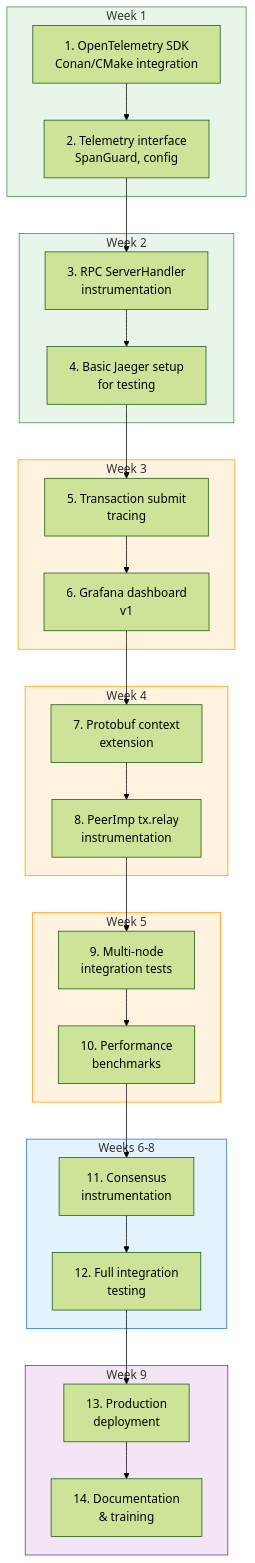
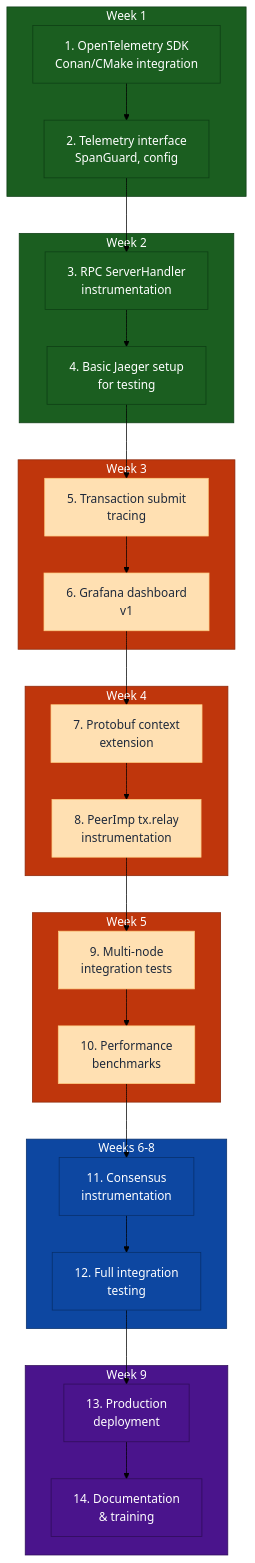
The sixth of 6 diagrams in OpenTelemetryPlan/06-implementation-phases.md (XRPL-Node/rippled), drawn with Mermaid (forest theme) before and after one commit. The commit also changed other lines of this file and 8 other files, not shown here.

````diff
--- a/OpenTelemetryPlan/06-implementation-phases.md
+++ b/OpenTelemetryPlan/06-implementation-phases.md
@@ -451,52 +468,66 @@
 ```mermaid
 flowchart TB
     subgraph week1["Week 1"]
         t1[1. OpenTelemetry SDK<br/>Conan/CMake integration]
         t2[2. Telemetry interface<br/>SpanGuard, config]
     end
 
     subgraph week2["Week 2"]
         t3[3. RPC ServerHandler<br/>instrumentation]
         t4[4. Basic Jaeger setup<br/>for testing]
     end
 
     subgraph week3["Week 3"]
         t5[5. Transaction submit<br/>tracing]
         t6[6. Grafana dashboard<br/>v1]
     end
 
     subgraph week4["Week 4"]
         t7[7. Protobuf context<br/>extension]
         t8[8. PeerImp tx.relay<br/>instrumentation]
     end
 
     subgraph week5["Week 5"]
         t9[9. Multi-node<br/>integration tests]
         t10[10. Performance<br/>benchmarks]
     end
 
     subgraph week6_8["Weeks 6-8"]
         t11[11. Consensus<br/>instrumentation]
         t12[12. Full integration<br/>testing]
     end
 
     subgraph week9["Week 9"]
         t13[13. Production<br/>deployment]
         t14[14. Documentation<br/>& training]
     end
 
     t1 --> t2 --> t3 --> t4
     t4 --> t5 --> t6
     t6 --> t7 --> t8
     t8 --> t9 --> t10
     t10 --> t11 --> t12
     t12 --> t13 --> t14
 
-    style week1 fill:#e8f5e9,stroke:#388e3c
-    style week2 fill:#e8f5e9,stroke:#388e3c
-    style week3 fill:#fff3e0,stroke:#ff9800
-    style week4 fill:#fff3e0,stroke:#ff9800
-    style week5 fill:#fff3e0,stroke:#ff9800
-    style week6_8 fill:#e3f2fd,stroke:#1976d2
-    style week9 fill:#f3e5f5,stroke:#7b1fa2
+    style week1 fill:#1b5e20,stroke:#0d3d14,color:#fff
+    style week2 fill:#1b5e20,stroke:#0d3d14,color:#fff
+    style week3 fill:#bf360c,stroke:#8c2809,color:#fff
+    style week4 fill:#bf360c,stroke:#8c2809,color:#fff
+    style week5 fill:#bf360c,stroke:#8c2809,color:#fff
+    style week6_8 fill:#0d47a1,stroke:#082f6a,color:#fff
+    style week9 fill:#4a148c,stroke:#2e0d57,color:#fff
+    style t1 fill:#1b5e20,stroke:#0d3d14,color:#fff
+    style t2 fill:#1b5e20,stroke:#0d3d14,color:#fff
+    style t3 fill:#1b5e20,stroke:#0d3d14,color:#fff
+    style t4 fill:#1b5e20,stroke:#0d3d14,color:#fff
+    style t5 fill:#ffe0b2,stroke:#ffcc80,color:#1e293b
+    style t6 fill:#ffe0b2,stroke:#ffcc80,color:#1e293b
+    style t7 fill:#ffe0b2,stroke:#ffcc80,color:#1e293b
+    style t8 fill:#ffe0b2,stroke:#ffcc80,color:#1e293b
+    style t9 fill:#ffe0b2,stroke:#ffcc80,color:#1e293b
+    style t10 fill:#ffe0b2,stroke:#ffcc80,color:#1e293b
+    style t11 fill:#0d47a1,stroke:#082f6a,color:#fff
+    style t12 fill:#0d47a1,stroke:#082f6a,color:#fff
+    style t13 fill:#4a148c,stroke:#2e0d57,color:#fff
+    style t14 fill:#4a148c,stroke:#2e0d57,color:#fff
 ```
````
